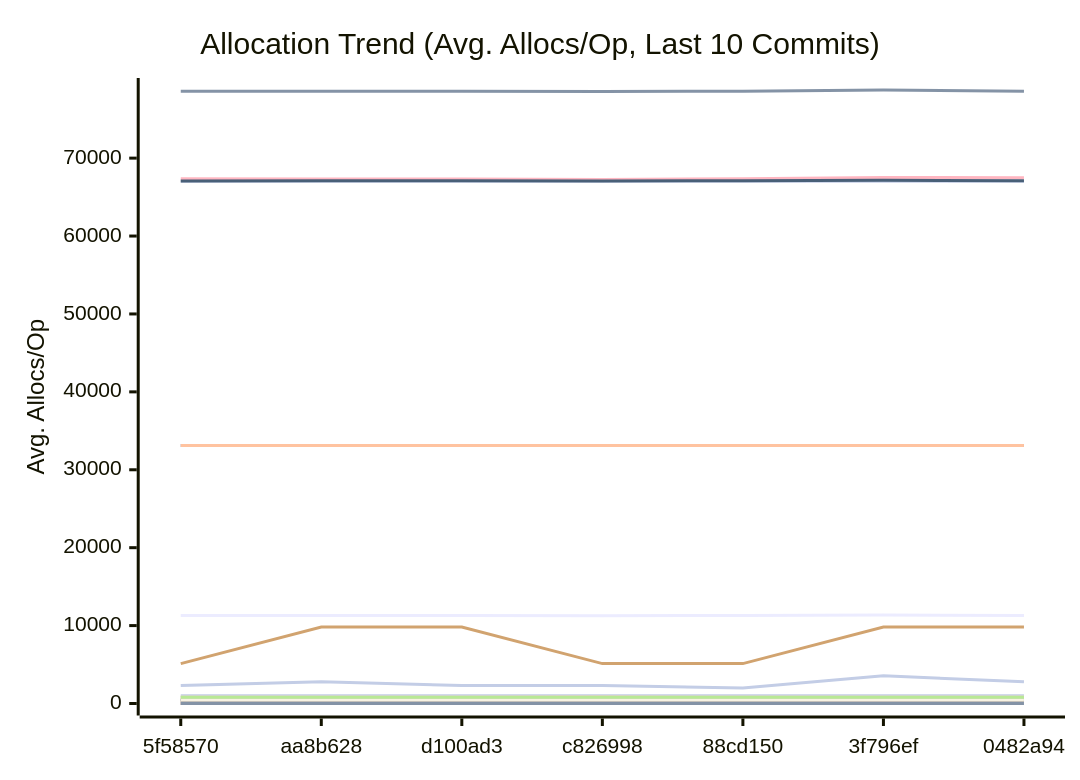
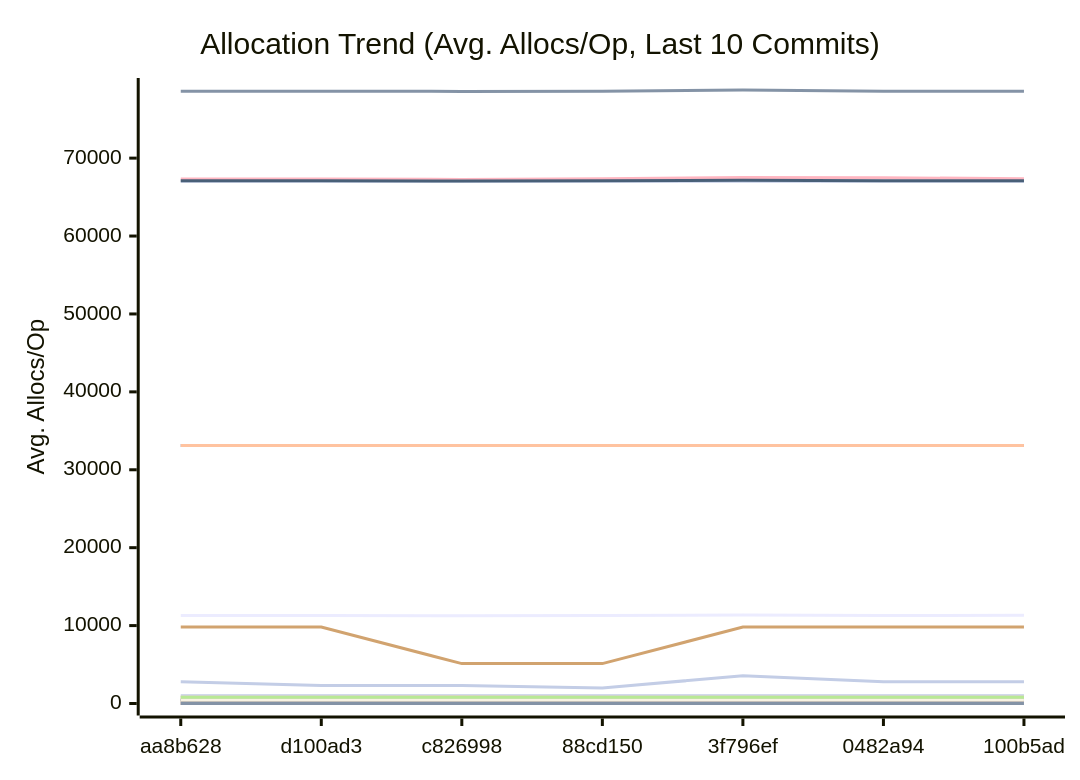
The third of 3 diagrams in docs/PERFORMANCE.md (alsotoes/momo), drawn with Mermaid before and after one commit. The commit also changed other lines of this file and 95 other files, not shown here.

````diff
--- a/docs/PERFORMANCE.md
+++ b/docs/PERFORMANCE.md
@@ -348,42 +348,42 @@
 ```mermaid
 xychart-beta
     title "Allocation Trend (Avg. Allocs/Op, Last 10 Commits)"
     x-axis "Commit"
     y-axis "Avg. Allocs/Op"
-    x-axis [5f58570,aa8b628,d100ad3,c826998,88cd150,3f796ef,0482a94]
-    line "AWSChunkedReaderSigned" [11286,11294,11299,11270,11296,11367,11304,11317,11324,11331]
-    line "AWSChunkedReaderUnsigned" [78577,78583,78586,78564,78579,78745,78578,78592,78605,78609]
+    x-axis [aa8b628,d100ad3,c826998,88cd150,3f796ef,0482a94,100b5ad]
+    line "AWSChunkedReaderSigned" [11294,11299,11270,11296,11367,11304,11317,11324,11331,11296]
+    line "AWSChunkedReaderUnsigned" [78583,78586,78564,78579,78745,78578,78592,78605,78609,78579]
     line "CheckMetricsAndSwap" [0,0,0,0,0,0,0,0,0,0]
     line "CrushOptimized" [0,0,0,0,0,0,0,0,0,0]
     line "CrushOriginal" [3,3,3,3,3,3,3,3,3,3]
     line "FormatListObjectsV2XML_AppendFormat" [16,16,16,16,16,16,16,16,16,16]
     line "FormatListObjectsV2XML_OldFormat" [1000,1000,1000,1000,1000,1000,1000,1000,1000,1000]
     line "HashBytes/1MiB" [64,64,64,64,64,64,64,64,64,64]
     line "HashBytes/256MiB" [64,64,64,64,64,64,64,64,64,64]
     line "HashBytes/64MiB" [64,64,64,64,64,64,64,64,64,64]
-    line "HashFile/1MiB" [33128,33128,33128,33128,33112,33128,33128,33128,33128,33128]
+    line "HashFile/1MiB" [33128,33128,33128,33112,33128,33128,33128,33128,33128,33128]
     line "HashFile/256MiB" [33128,33128,33128,33128,33128,33128,33128,33128,33128,33128]
-    line "HashFile/64MiB" [33128,33128,33128,33128,33128,33128,33128,33128,33128,33128]
+    line "HashFile/64MiB" [33128,33128,33128,33128,33128,33128,33128,33128,33128,33137]
     line "IndexDirectTracking" [0,0,0,0,0,0,0,0,0,0]
     line "IndexSearch" [0,0,0,0,0,0,0,0,0,0]
     line "LoadGlobalConfig" [58,58,58,58,58,58,58,58,58,58]
-    line "LocalWrite/1MiB" [67032,67032,67030,67028,67031,67037,67034,67030,67036,67036]
-    line "LocalWrite/256MiB" [67348,67326,67317,67268,67358,67518,67492,67349,67409,67379]
-    line "LocalWrite/64MiB" [67073,67085,67097,67071,67089,67157,67097,67104,67086,67092]
+    line "LocalWrite/1MiB" [67032,67030,67028,67031,67037,67034,67030,67036,67036,67029]
+    line "LocalWrite/256MiB" [67326,67317,67268,67358,67518,67492,67349,67409,67379,67372]
+    line "LocalWrite/64MiB" [67085,67097,67071,67089,67157,67097,67104,67086,67092,67077]
     line "PadString" [1,1,1,1,1,1,1,1,1,1]
     line "ParseReplicationOrder_NoPrealloc" [6,6,6,6,6,5,5,5,5,5]
     line "ParseReplicationOrder_Prealloc" [2,2,2,2,2,1,1,1,1,1]
     line "Placement" [6,6,6,6,6,6,6,6,6,6]
     line "PlacementDomainSpread" [6,6,6,6,6,6,6,6,6,6]
-    line "ReadVerify/1MiB" [464,436,459,457,458,483,437,469,466,470]
-    line "ReadVerify/256MiB" [5120,9808,9808,5120,5120,9808,9808,9808,9808,5120]
-    line "ReadVerify/64MiB" [2307,2776,2307,2307,1994,3557,2776,2776,2776,2307]
-    line "S3PutSpool/1MiB" [447,447,447,447,448,448,447,447,448,447]
+    line "ReadVerify/1MiB" [436,459,457,458,483,437,469,466,470,460]
+    line "ReadVerify/256MiB" [9808,9808,5120,5120,9808,9808,9808,9808,5120,9808]
+    line "ReadVerify/64MiB" [2776,2307,2307,1994,3557,2776,2776,2776,2307,2307]
+    line "S3PutSpool/1MiB" [447,447,447,448,448,447,447,448,447,447]
     line "S3PutSpool/256MiB" [448,448,448,448,448,448,448,448,448,448]
     line "S3PutSpool/64MiB" [448,448,448,448,448,448,448,448,448,448]
     line "SanitizeLog/Safe" [0,0,0,0,0,0,0,0,0,0]
     line "SanitizeLog/Unsafe" [1,1,1,1,1,1,1,1,1,1]
-    line "TrustedRead/1MiB" [800,800,800,825,800,800,800,800,800,800]
+    line "TrustedRead/1MiB" [800,800,825,800,800,800,800,800,800,800]
     line "TrustedRead/256MiB" [800,800,800,800,800,800,800,800,800,800]
     line "TrustedRead/64MiB" [800,800,800,800,800,800,800,800,800,800]
 ```
````
